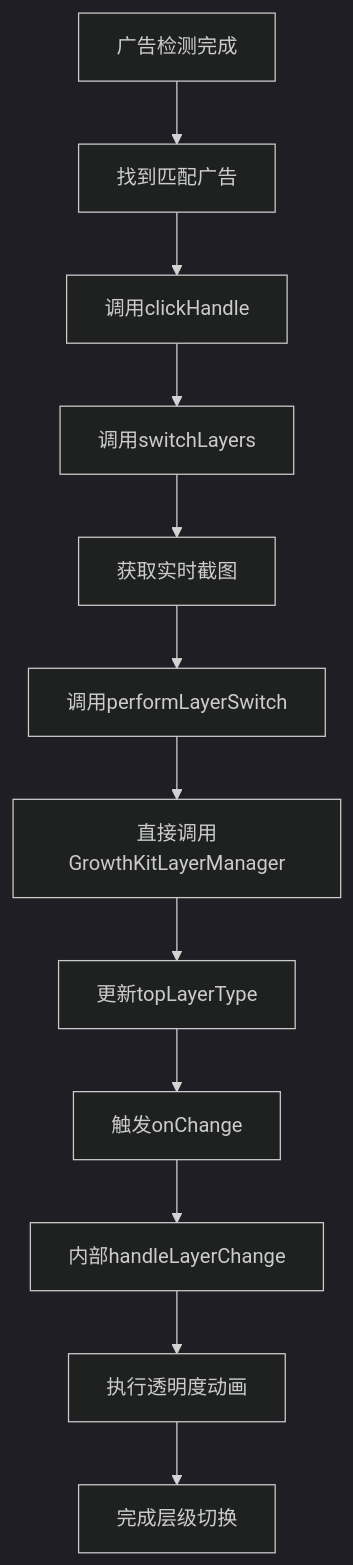
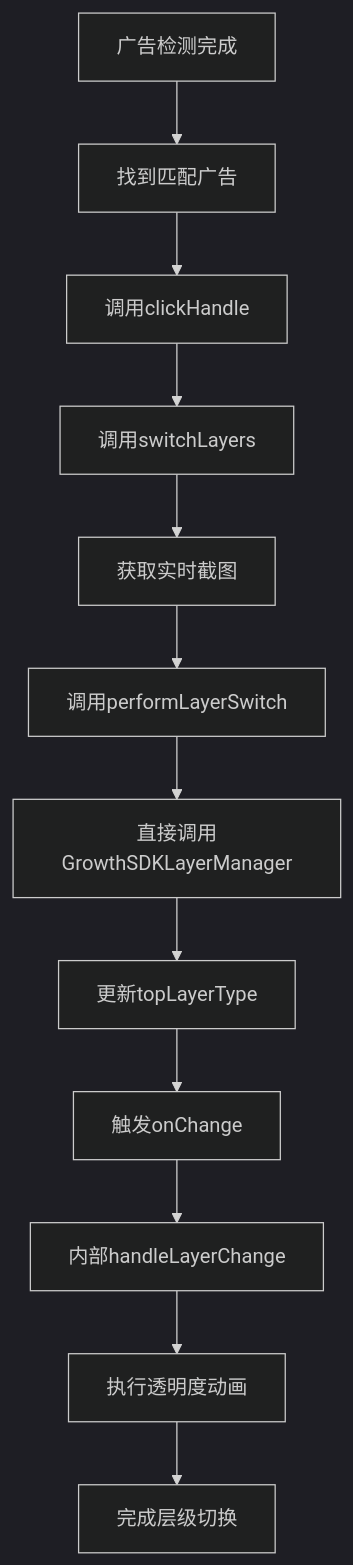
One commit to shuge-developer/GrowthSDK changed the diagram in Documents/SDK_IMPROVED_DESIGN.md. Above: the diagram before and after it, drawn with Mermaid (dark theme). The commit also changed other lines of this file and 141 other files, not shown here.

````diff
--- a/Documents/SDK_IMPROVED_DESIGN.md
+++ b/Documents/SDK_IMPROVED_DESIGN.md
@@ -217,14 +217,14 @@
 ```mermaid
 graph TD
     A[广告检测完成] --> B[找到匹配广告]
     B --> C[调用clickHandle]
     C --> D[调用switchLayers]
     D --> E[获取实时截图]
     E --> F[调用performLayerSwitch]
-    F --> G[直接调用GrowthKitLayerManager]
+    F --> G[直接调用GrowthSDKLayerManager]
     G --> H[更新topLayerType]
     H --> I[触发onChange]
     I --> J[内部handleLayerChange]
     J --> K[执行透明度动画]
     K --> L[完成层级切换]
 ```
````
